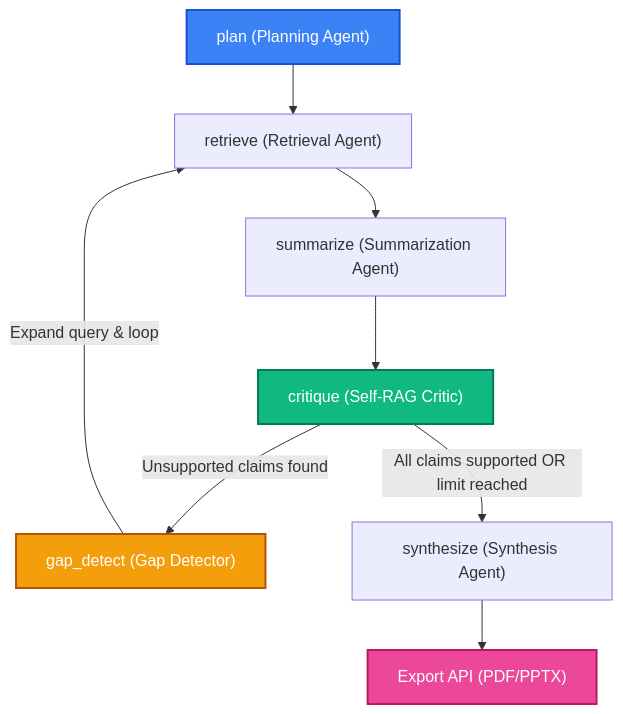
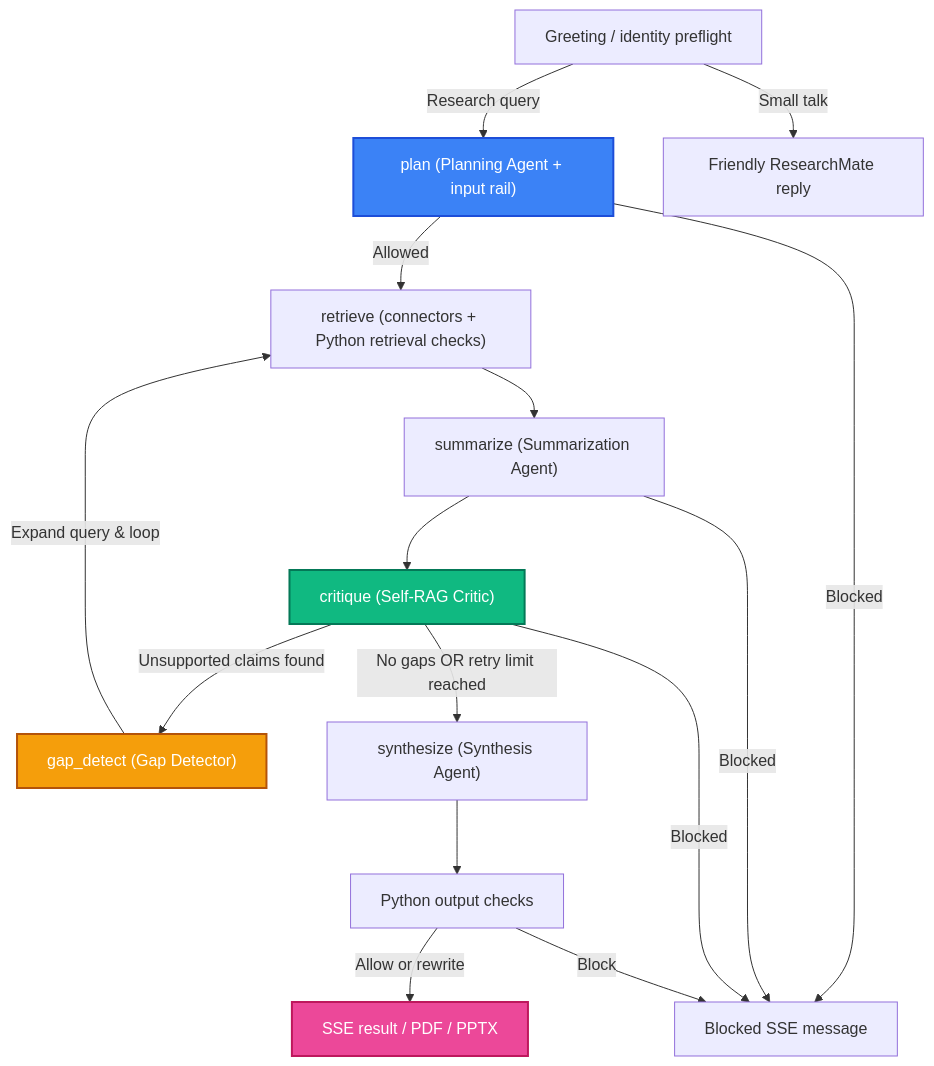
One commit to Chakkasandeep/SelfRAG-ResearchMate changed the diagram in README.md. Above: the diagram before and after it, drawn with Mermaid. The commit also changed other lines of this file and 9 other files, not shown here.

````diff
--- a/README.md
+++ b/README.md
@@ -32,15 +32,22 @@
 ```mermaid
 graph TD
-    A["plan (Planning Agent)"] --> B["retrieve (Retrieval Agent)"]
+    P["Greeting / identity preflight"] -->|Research query| A["plan (Planning Agent + input rail)"]
+    P -->|Small talk| S["Friendly ResearchMate reply"]
+    A -->|Allowed| B["retrieve (connectors + Python retrieval checks)"]
+    A -->|Blocked| X["Blocked SSE message"]
     B --> C["summarize (Summarization Agent)"]
     C --> D["critique (Self-RAG Critic)"]
+    C -->|Blocked| X
     D -->|Unsupported claims found| E["gap_detect (Gap Detector)"]
+    D -->|Blocked| X
     E -->|Expand query & loop| B
-    D -->|All claims supported OR limit reached| F["synthesize (Synthesis Agent)"]
-    F --> G["Export API (PDF/PPTX)"]
+    D -->|No gaps OR retry limit reached| F["synthesize (Synthesis Agent)"]
+    F --> O["Python output checks"]
+    O -->|Allow or rewrite| G["SSE result / PDF / PPTX"]
+    O -->|Block| X
     
     style D fill:#10b981,stroke:#047857,stroke-width:2px,color:#ffffff
     style E fill:#f59e0b,stroke:#b45309,stroke-width:2px,color:#ffffff
     style A fill:#3b82f6,stroke:#1d4ed8,stroke-width:2px,color:#ffffff
     style G fill:#ec4899,stroke:#be185d,stroke-width:2px,color:#ffffff
 ```
````
